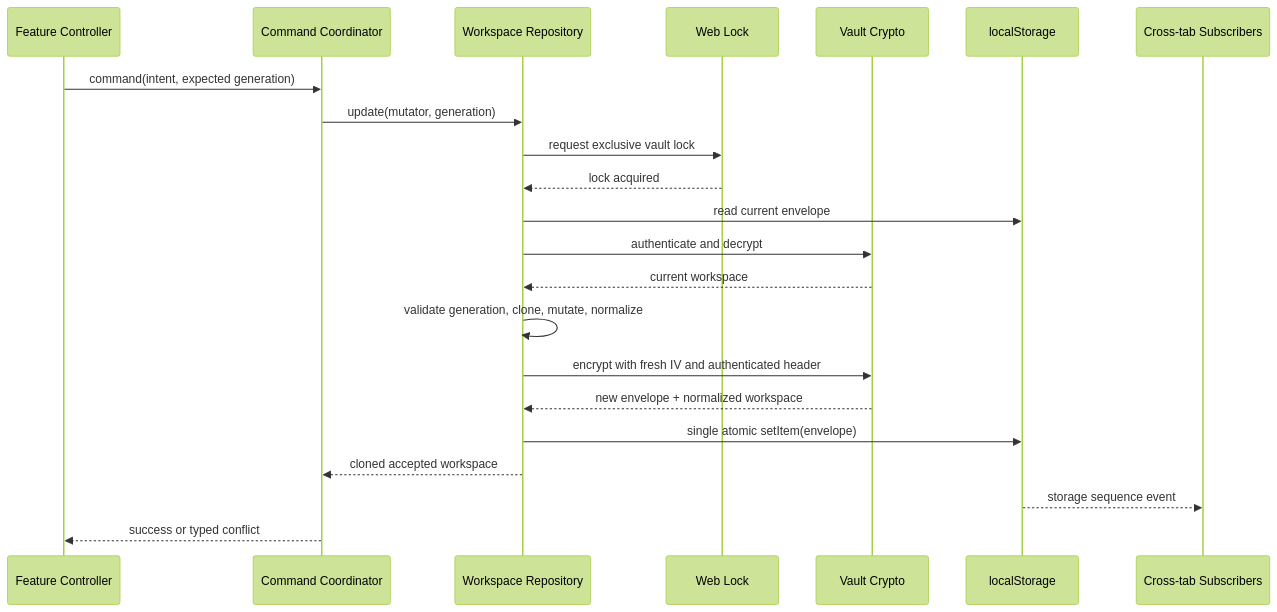
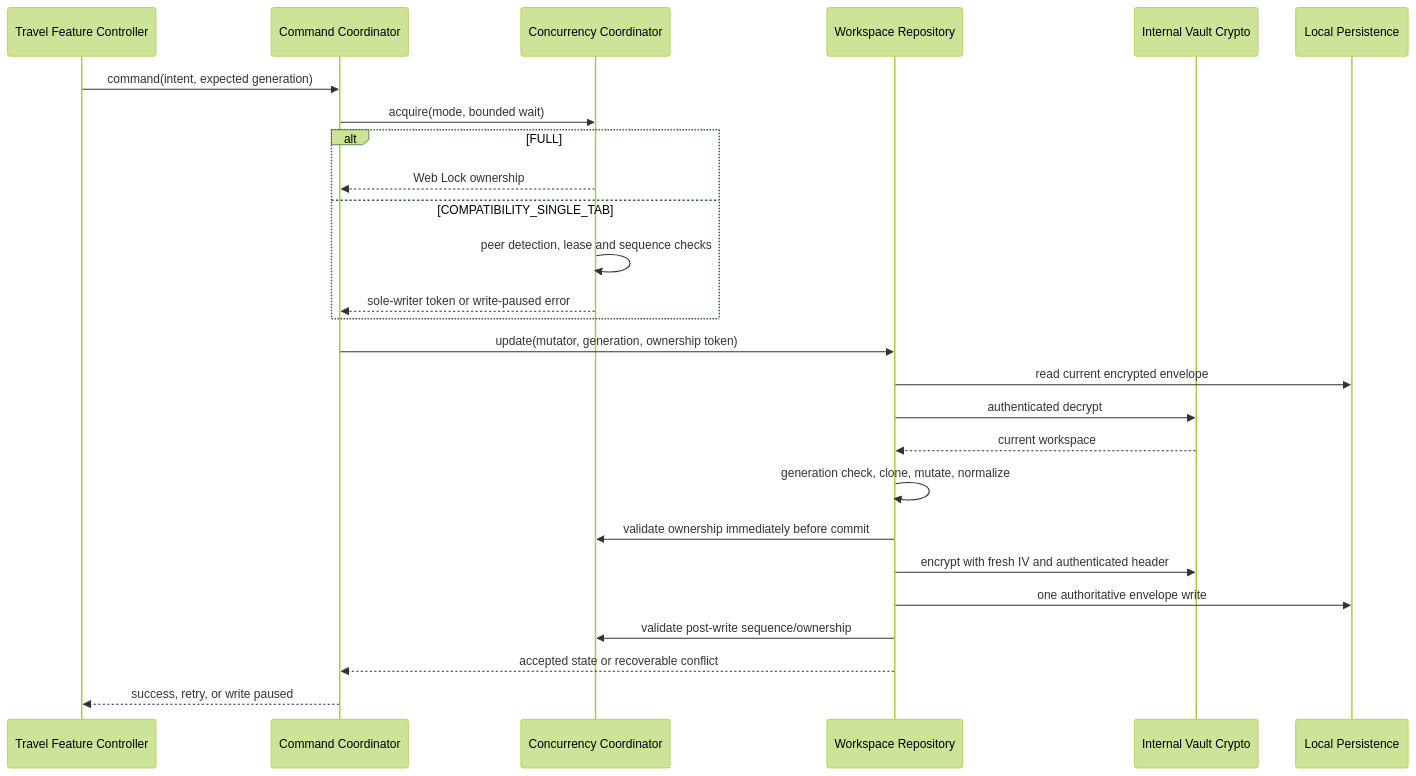
One commit to Tiago-D-Nocce/PlannerDuoUAT changed the seventh of 15 diagrams in .kiro/specs/multi-agent-code-architecture/design.md. Above: the diagram before and after it, drawn with Mermaid (forest theme). The commit also changed other lines of this file and 1 other file, not shown here.

````diff
--- a/.kiro/specs/multi-agent-code-architecture/design.md
+++ b/.kiro/specs/multi-agent-code-architecture/design.md
@@ -738,25 +385,29 @@
 ```mermaid
 sequenceDiagram
-    participant F as Feature Controller
+    participant F as Travel Feature Controller
     participant C as Command Coordinator
+    participant Q as Concurrency Coordinator
     participant R as Workspace Repository
-    participant L as Web Lock
-    participant V as Vault Crypto
-    participant S as localStorage
-    participant X as Cross-tab Subscribers
+    participant V as Internal Vault Crypto
+    participant S as Local Persistence
 
     F->>C: command(intent, expected generation)
-    C->>R: update(mutator, generation)
-    R->>L: request exclusive vault lock
-    L-->>R: lock acquired
-    R->>S: read current envelope
-    R->>V: authenticate and decrypt
+    C->>Q: acquire(mode, bounded wait)
+    alt FULL
+        Q-->>C: Web Lock ownership
+    else COMPATIBILITY_SINGLE_TAB
+        Q->>Q: peer detection, lease and sequence checks
+        Q-->>C: sole-writer token or write-paused error
+    end
+    C->>R: update(mutator, generation, ownership token)
+    R->>S: read current encrypted envelope
+    R->>V: authenticated decrypt
     V-->>R: current workspace
-    R->>R: validate generation, clone, mutate, normalize
+    R->>R: generation check, clone, mutate, normalize
+    R->>Q: validate ownership immediately before commit
     R->>V: encrypt with fresh IV and authenticated header
-    V-->>R: new envelope + normalized workspace
-    R->>S: single atomic setItem(envelope)
-    R-->>C: cloned accepted workspace
-    S-->>X: storage sequence event
-    C-->>F: success or typed conflict
+    R->>S: one authoritative envelope write
+    R->>Q: validate post-write sequence/ownership
+    R-->>C: accepted state or recoverable conflict
+    C-->>F: success, retry, or write paused
 ```
````
